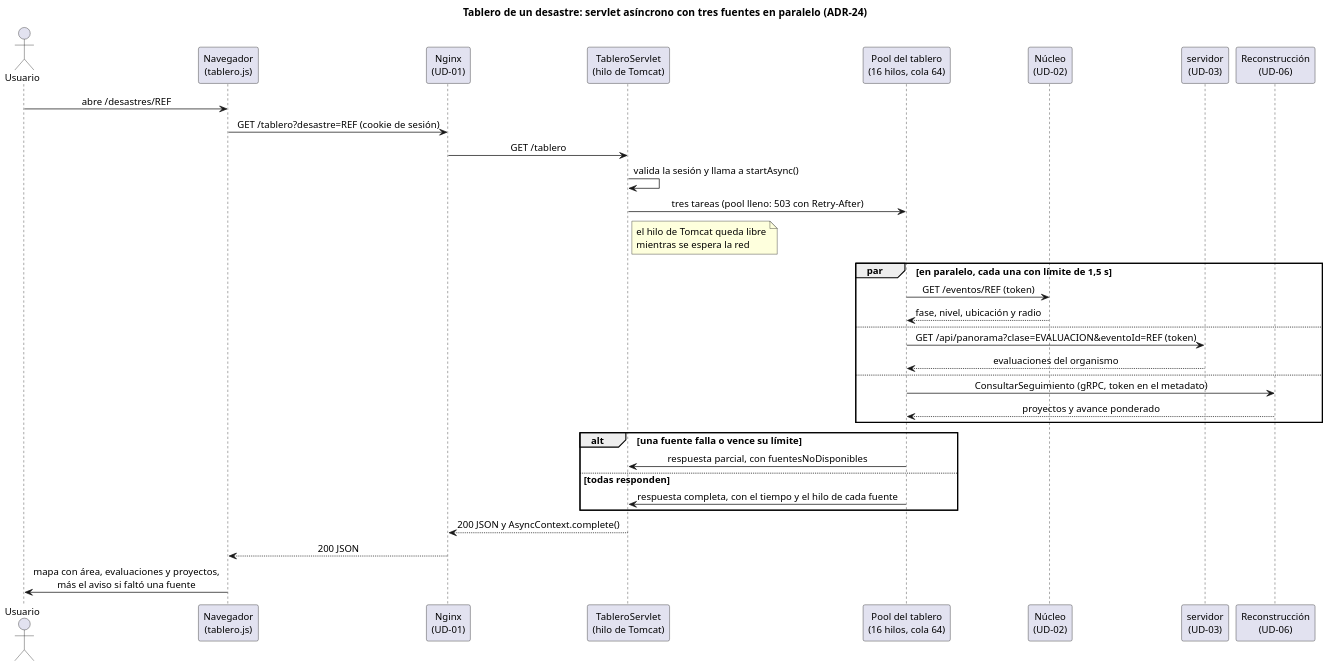
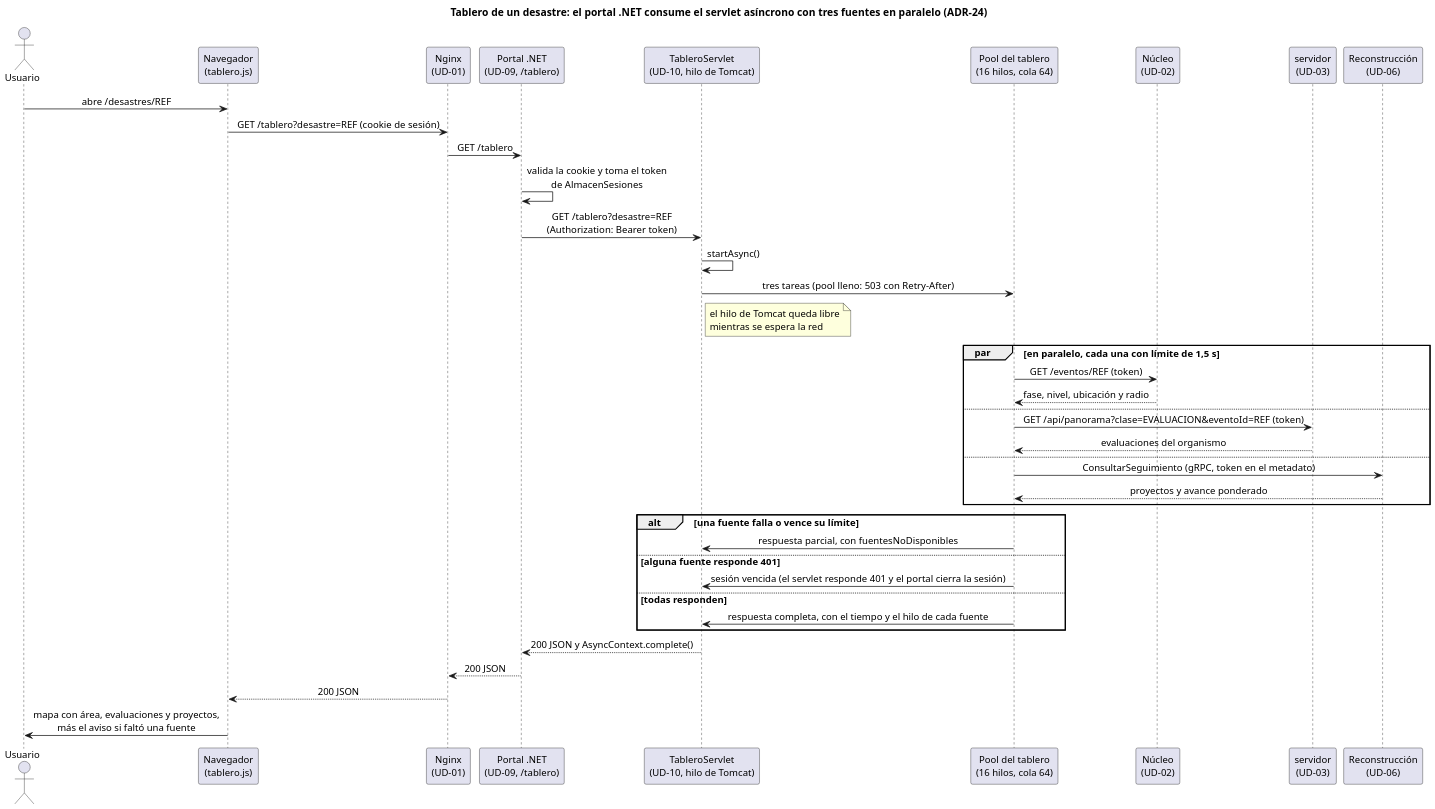
One commit to andreMD287/ProyectoArquiSW changed the diagram in documentacion/diagramas/secuencia_tablero.puml. Above: the diagram before and after it, drawn with PlantUML. The commit also changed 14 other files, not shown here.

First line of the commit message:
SAD v2.1: presentación en .NET (ADR-23), servicio de tablero (ADR-24) y diagramas

```diff
--- a/documentacion/diagramas/secuencia_tablero.puml
+++ b/documentacion/diagramas/secuencia_tablero.puml
@@ -1,41 +1,47 @@
 @startuml secuencia_tablero
 skinparam defaultFontName "Segoe UI"
 skinparam defaultFontSize 13
 skinparam dpi 150
 skinparam sequenceMessageAlign center
-title Tablero de un desastre: servlet asíncrono con tres fuentes en paralelo (ADR-24)
+title Tablero de un desastre: el portal .NET consume el servlet asíncrono con tres fuentes en paralelo (ADR-24)
 
 actor "Usuario" as U
 participant "Navegador\n(tablero.js)" as N
 participant "Nginx\n(UD-01)" as E
-participant "TableroServlet\n(hilo de Tomcat)" as S
+participant "Portal .NET\n(UD-09, /tablero)" as PO
+participant "TableroServlet\n(UD-10, hilo de Tomcat)" as S
 participant "Pool del tablero\n(16 hilos, cola 64)" as P
 participant "Núcleo\n(UD-02)" as NU
 participant "servidor\n(UD-03)" as SV
 participant "Reconstrucción\n(UD-06)" as R
 
 U -> N : abre /desastres/REF
 N -> E : GET /tablero?desastre=REF (cookie de sesión)
-E -> S : GET /tablero
-S -> S : valida la sesión y llama a startAsync()
+E -> PO : GET /tablero
+PO -> PO : valida la cookie y toma el token\nde AlmacenSesiones
+PO -> S : GET /tablero?desastre=REF\n(Authorization: Bearer token)
+S -> S : startAsync()
 S -> P : tres tareas (pool lleno: 503 con Retry-After)
 note right of S : el hilo de Tomcat queda libre\nmientras se espera la red
 par en paralelo, cada una con límite de 1,5 s
   P -> NU : GET /eventos/REF (token)
   NU --> P : fase, nivel, ubicación y radio
 else
   P -> SV : GET /api/panorama?clase=EVALUACION&eventoId=REF (token)
   SV --> P : evaluaciones del organismo
 else
   P -> R : ConsultarSeguimiento (gRPC, token en el metadato)
   R --> P : proyectos y avance ponderado
 end
 alt una fuente falla o vence su límite
   P -> S : respuesta parcial, con fuentesNoDisponibles
+else alguna fuente responde 401
+  P -> S : sesión vencida (el servlet responde 401 y el portal cierra la sesión)
 else todas responden
   P -> S : respuesta completa, con el tiempo y el hilo de cada fuente
 end
-S --> E : 200 JSON y AsyncContext.complete()
+S --> PO : 200 JSON y AsyncContext.complete()
+PO --> E : 200 JSON
 E --> N : 200 JSON
 N -> U : mapa con área, evaluaciones y proyectos,\nmás el aviso si faltó una fuente
 @enduml
```
